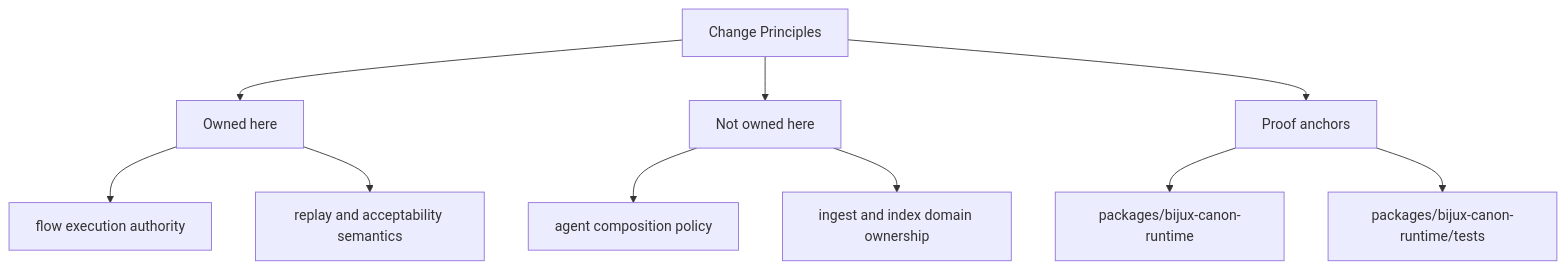
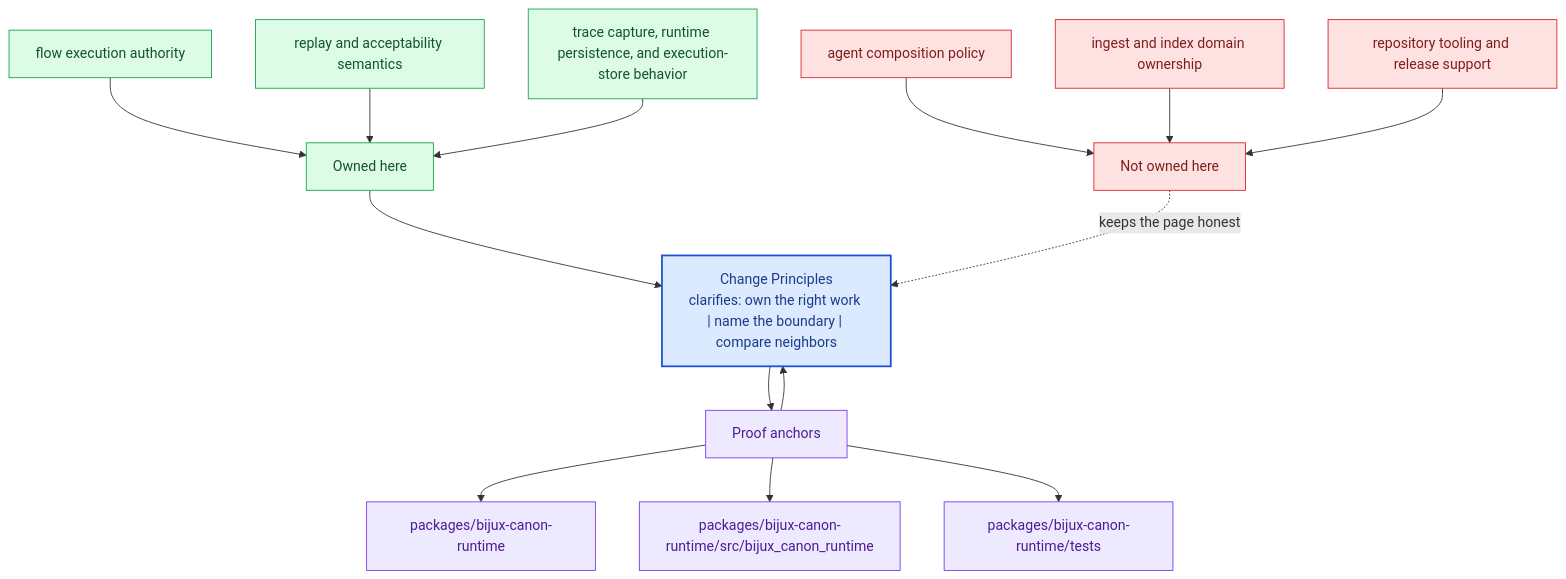
The second of 2 diagrams in docs/bijux-canon-runtime/foundation/change-principles.md (bijux/bijux-canon), drawn with Mermaid before and after one commit. The commit also changed other lines of this file and 281 other files, not shown here.

Commit message:
docs(diagrams): deepen handbook mermaid maps across the catalog

````diff
--- a/docs/bijux-canon-runtime/foundation/change-principles.md
+++ b/docs/bijux-canon-runtime/foundation/change-principles.md
@@ -36,22 +69,40 @@
 ```mermaid
-flowchart TD
-    page["Change Principles"]
+flowchart TB
+    promise["Change Principles<br/>clarifies: own the right work | name the boundary | compare neighbors"]
+    classDef promise fill:#dbeafe,stroke:#1d4ed8,color:#1e3a8a,stroke-width:2px;
+    classDef driver fill:#dcfce7,stroke:#16a34a,color:#14532d;
+    classDef constraint fill:#fee2e2,stroke:#dc2626,color:#7f1d1d;
+    classDef ground fill:#ede9fe,stroke:#7c3aed,color:#4c1d95;
     focus1["Owned here"]
-    page --> focus1
+    focus1 --> promise
     focus1_1["flow execution authority"]
-    focus1 --> focus1_1
+    focus1_1 --> focus1
     focus1_2["replay and acceptability semantics"]
-    focus1 --> focus1_2
+    focus1_2 --> focus1
+    focus1_3["trace capture, runtime persistence, and execution-store behavior"]
+    focus1_3 --> focus1
+    class focus1 driver;
+    class focus1_1,focus1_2,focus1_3 driver;
     focus2["Not owned here"]
-    page --> focus2
+    focus2 -.keeps the page honest.-> promise
     focus2_1["agent composition policy"]
-    focus2 --> focus2_1
+    focus2_1 --> focus2
     focus2_2["ingest and index domain ownership"]
-    focus2 --> focus2_2
+    focus2_2 --> focus2
+    focus2_3["repository tooling and release support"]
+    focus2_3 --> focus2
+    class focus2 constraint;
+    class focus2_1,focus2_2,focus2_3 constraint;
     focus3["Proof anchors"]
-    page --> focus3
+    focus3 --> promise
+    promise --> focus3
     focus3_1["packages/bijux-canon-runtime"]
     focus3 --> focus3_1
-    focus3_2["packages/bijux-canon-runtime/tests"]
+    focus3_2["packages/bijux-canon-runtime/src/bijux_canon_runtime"]
     focus3 --> focus3_2
+    focus3_3["packages/bijux-canon-runtime/tests"]
+    focus3 --> focus3_3
+    class focus3 ground;
+    class focus3_1,focus3_2,focus3_3 ground;
+    class promise promise;
 ```
````
